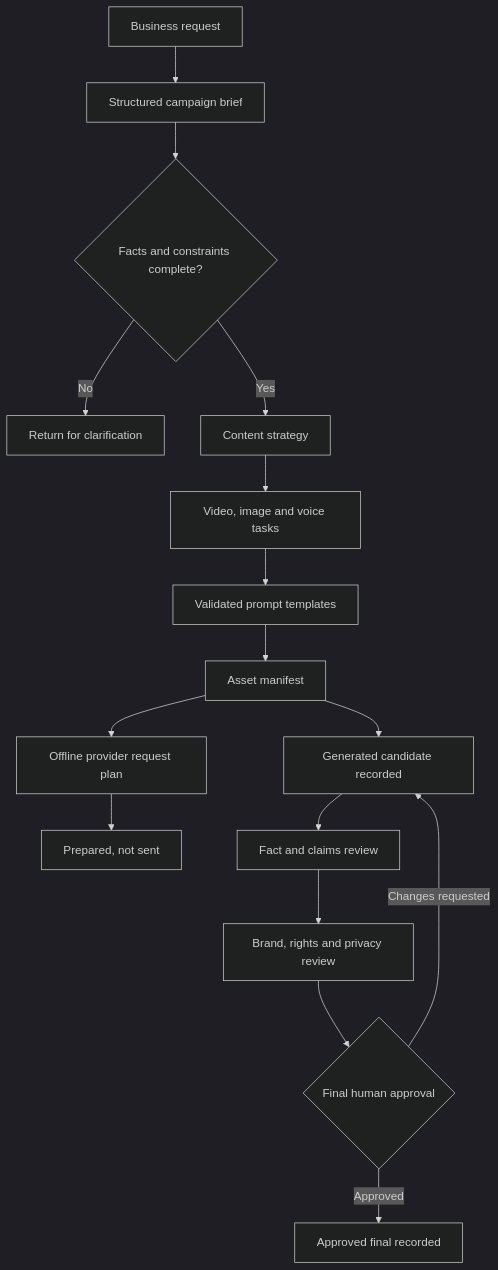
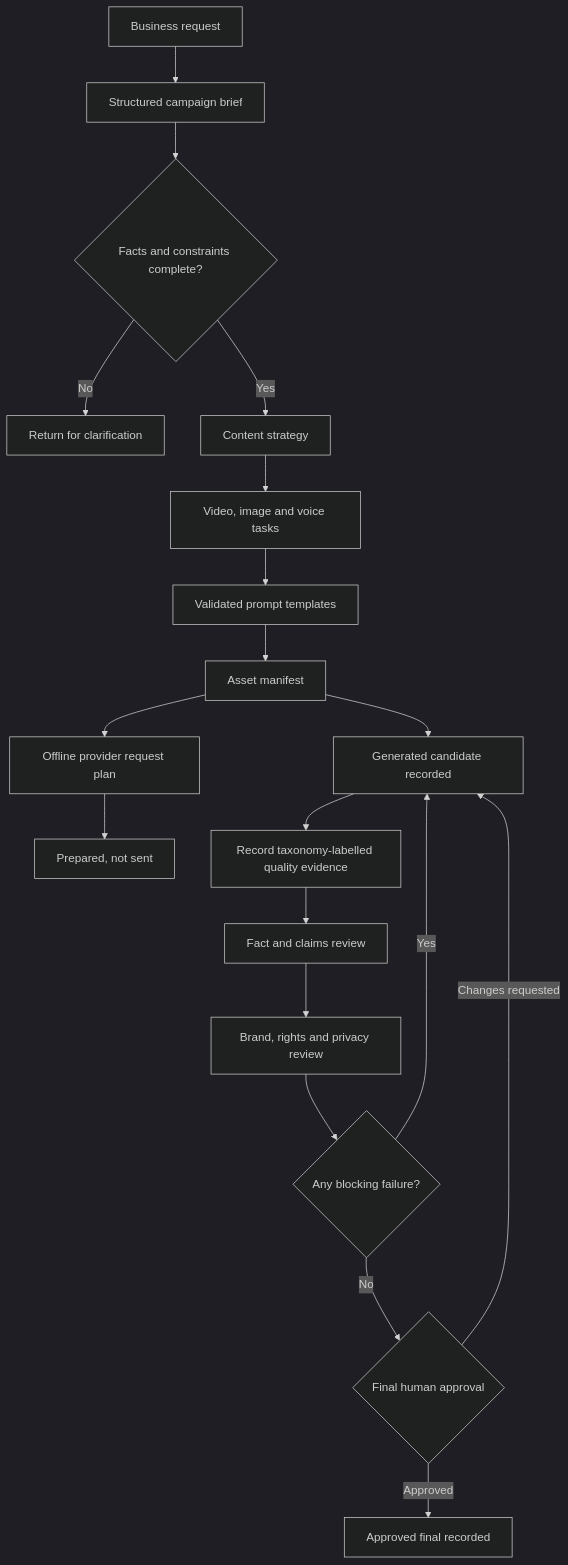
The diagram in docs/BUSINESS_FLOW.md (magicyao2028-pixel/aigc-content-production-studio), drawn with Mermaid (dark theme) before and after one commit. The commit also changed other lines of this file and 23 other files, not shown here.

Commit message:
Add offline AIGC quality failure taxonomy

````diff
--- a/docs/BUSINESS_FLOW.md
+++ b/docs/BUSINESS_FLOW.md
@@ -5,18 +5,21 @@
 ```mermaid
 flowchart TB
     R[Business request] --> B[Structured campaign brief]
     B --> V{Facts and constraints complete?}
     V -->|No| C[Return for clarification]
     V -->|Yes| S[Content strategy]
     S --> T[Video, image and voice tasks]
     T --> PT[Validated prompt templates]
     PT --> M[Asset manifest]
     M --> RP[Offline provider request plan]
     RP --> WAIT[Prepared, not sent]
     M --> CAND[Generated candidate recorded]
-    CAND --> F[Fact and claims review]
+    CAND --> Q[Record taxonomy-labelled quality evidence]
+    Q --> F[Fact and claims review]
     F --> P[Brand, rights and privacy review]
-    P --> A{Final human approval}
-    A -->|Approved| X[Approved final recorded]
-    A -->|Changes requested| CAND
+    P --> A{Any blocking failure?}
+    A -->|Yes| CAND
+    A -->|No| H{Final human approval}
+    H -->|Approved| X[Approved final recorded]
+    H -->|Changes requested| CAND
 ```
````
